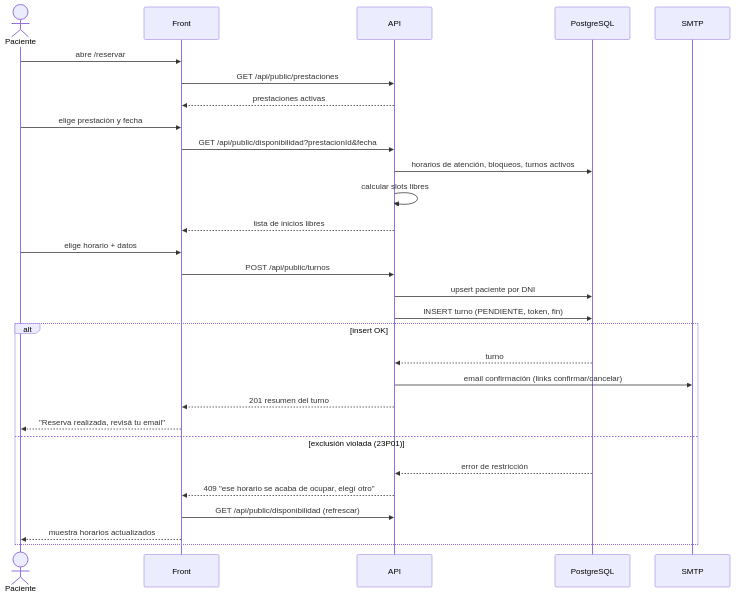
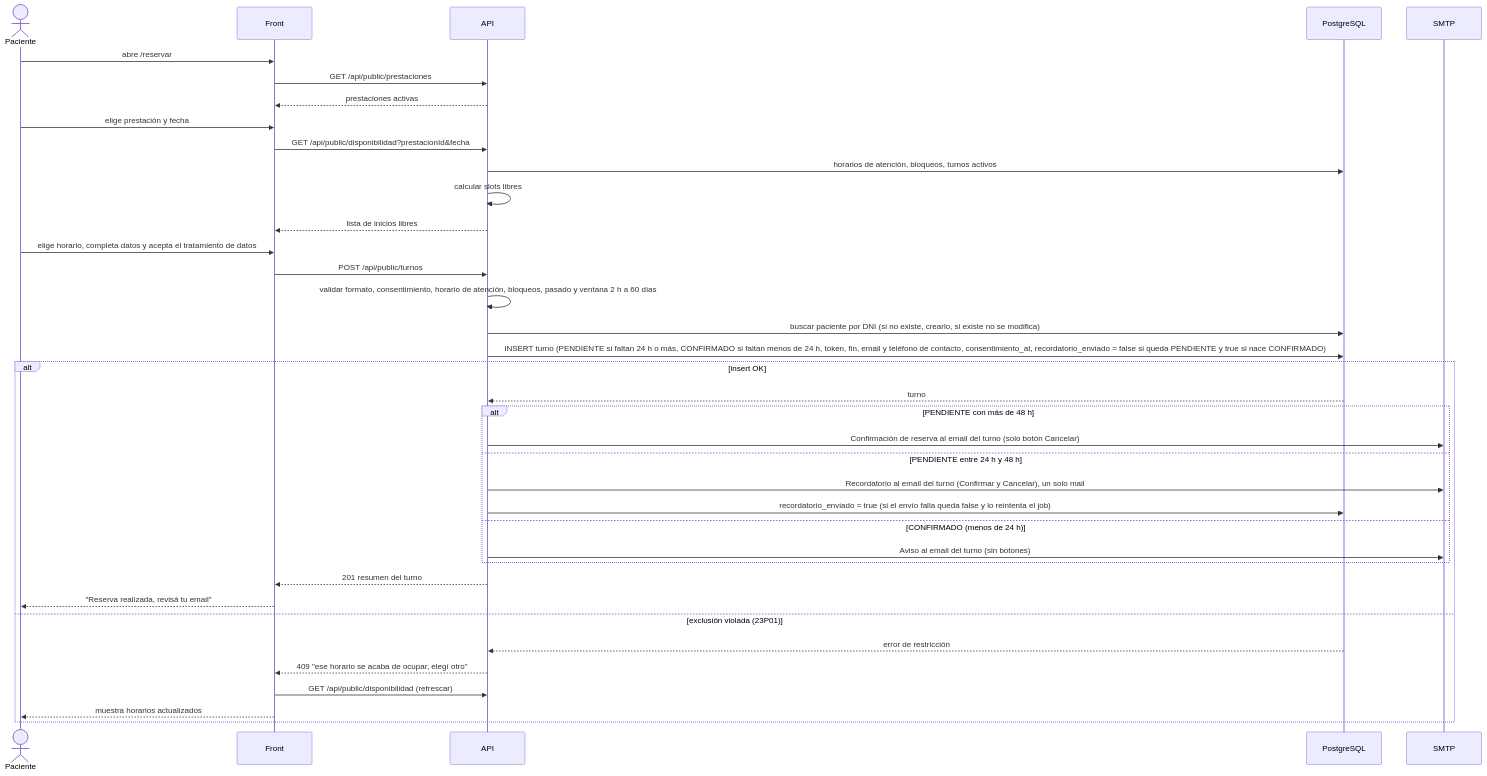
One commit to ExeBernardon/turnos-odontologia-Bernardon changed the second of 6 diagrams in knowledge-base/07_flujos_principales.md. Above: the diagram before and after it, drawn with Mermaid. The commit also changed other lines of this file and 11 other files, not shown here.

````diff
--- a/knowledge-base/07_flujos_principales.md
+++ b/knowledge-base/07_flujos_principales.md
@@ -42,31 +42,39 @@
 ```mermaid
 sequenceDiagram
     actor P as Paciente
     participant F as Front
     participant A as API
     participant DB as PostgreSQL
     participant M as SMTP
     P->>F: abre /reservar
     F->>A: GET /api/public/prestaciones
     A-->>F: prestaciones activas
     P->>F: elige prestación y fecha
     F->>A: GET /api/public/disponibilidad?prestacionId&fecha
     A->>DB: horarios de atención, bloqueos, turnos activos
     A->>A: calcular slots libres
     A-->>F: lista de inicios libres
-    P->>F: elige horario + datos
+    P->>F: elige horario, completa datos y acepta el tratamiento de datos
     F->>A: POST /api/public/turnos
-    A->>DB: upsert paciente por DNI
-    A->>DB: INSERT turno (PENDIENTE, token, fin)
+    A->>A: validar formato, consentimiento, horario de atención, bloqueos, pasado y ventana 2 h a 60 días
+    A->>DB: buscar paciente por DNI (si no existe, crearlo, si existe no se modifica)
+    A->>DB: INSERT turno (PENDIENTE si faltan 24 h o más, CONFIRMADO si faltan menos de 24 h, token, fin, email y teléfono de contacto, consentimiento_at, recordatorio_enviado = false si queda PENDIENTE y true si nace CONFIRMADO)
     alt insert OK
         DB-->>A: turno
-        A->>M: email confirmación (links confirmar/cancelar)
+        alt PENDIENTE con más de 48 h
+            A->>M: Confirmación de reserva al email del turno (solo botón Cancelar)
+        else PENDIENTE entre 24 h y 48 h
+            A->>M: Recordatorio al email del turno (Confirmar y Cancelar), un solo mail
+            A->>DB: recordatorio_enviado = true (si el envío falla queda false y lo reintenta el job)
+        else CONFIRMADO (menos de 24 h)
+            A->>M: Aviso al email del turno (sin botones)
+        end
         A-->>F: 201 resumen del turno
         F-->>P: "Reserva realizada, revisá tu email"
     else exclusión violada (23P01)
         DB-->>A: error de restricción
         A-->>F: 409 "ese horario se acaba de ocupar, elegí otro"
         F->>A: GET /api/public/disponibilidad (refrescar)
         F-->>P: muestra horarios actualizados
     end
 ```
````
